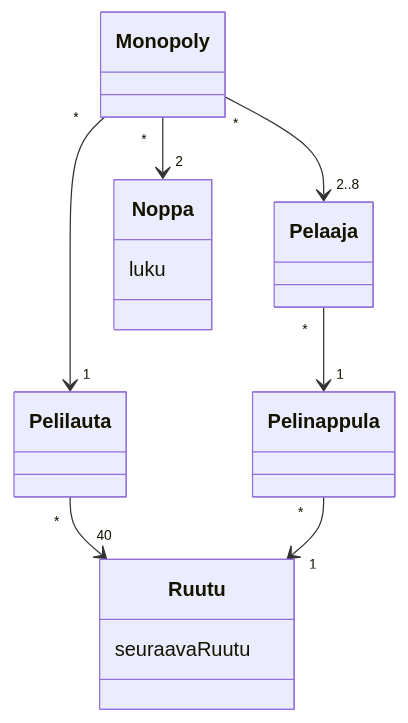
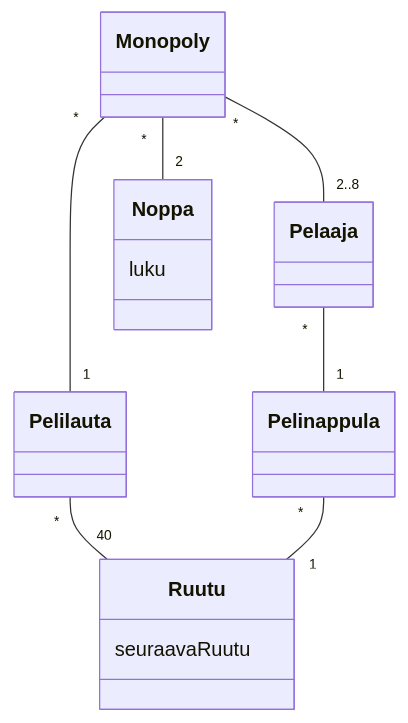
Before and after one commit to 3nd3r1/robot-invasion-defence-2: the diagram in laskarit/viikko3/monopoli-luokkakaavio.md, drawn with Mermaid.

Commit message:
Viikko 3 - Tehtävä 1

````diff
--- a/laskarit/viikko3/monopoli-luokkakaavio.md
+++ b/laskarit/viikko3/monopoli-luokkakaavio.md
@@ -1,24 +1,24 @@
 ```mermaid
     classDiagram
-        Monopoly "*" --> "1" Pelilauta
-        Monopoly "*" --> "2..8" Pelaaja
-        Monopoly "*" --> "2" Noppa
-        Pelilauta "*" --> "40" Ruutu
-        Pelaaja "*" --> "1" Pelinappula
-        Pelinappula "*" --> "1" Ruutu
+        Monopoly "*" -- "1" Pelilauta
+        Monopoly "*" -- "2..8" Pelaaja
+        Monopoly "*" -- "2" Noppa
+        Pelilauta "*" -- "40" Ruutu
+        Pelaaja "*" -- "1" Pelinappula
+        Pelinappula "*" -- "1" Ruutu
         class Monopoly{
         }
         class Pelilauta{
         }
         class Ruutu{
             seuraavaRuutu
         }
         class Pelinappula{
         }
         class Noppa{
             luku
         }
         class Pelaaja{
         }
 
 ```
````
